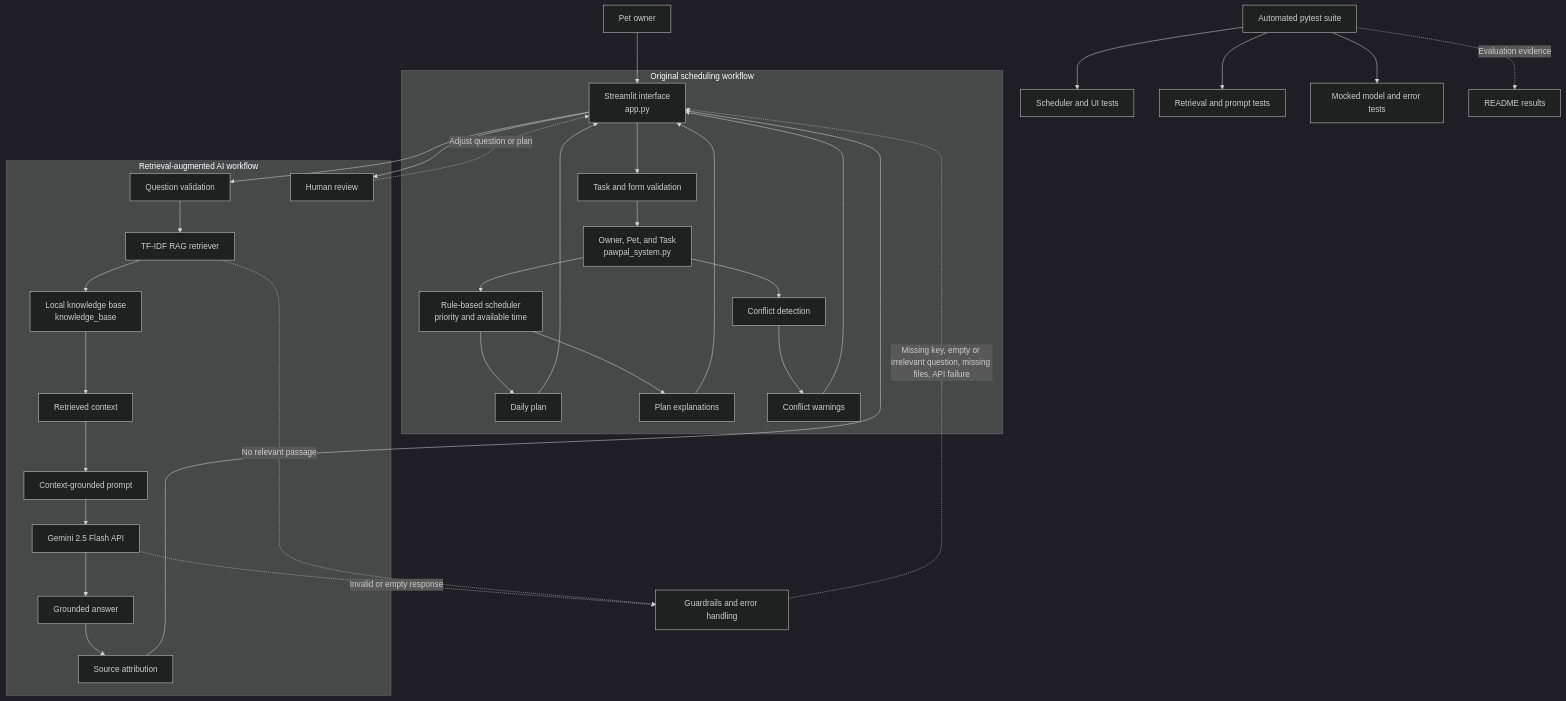
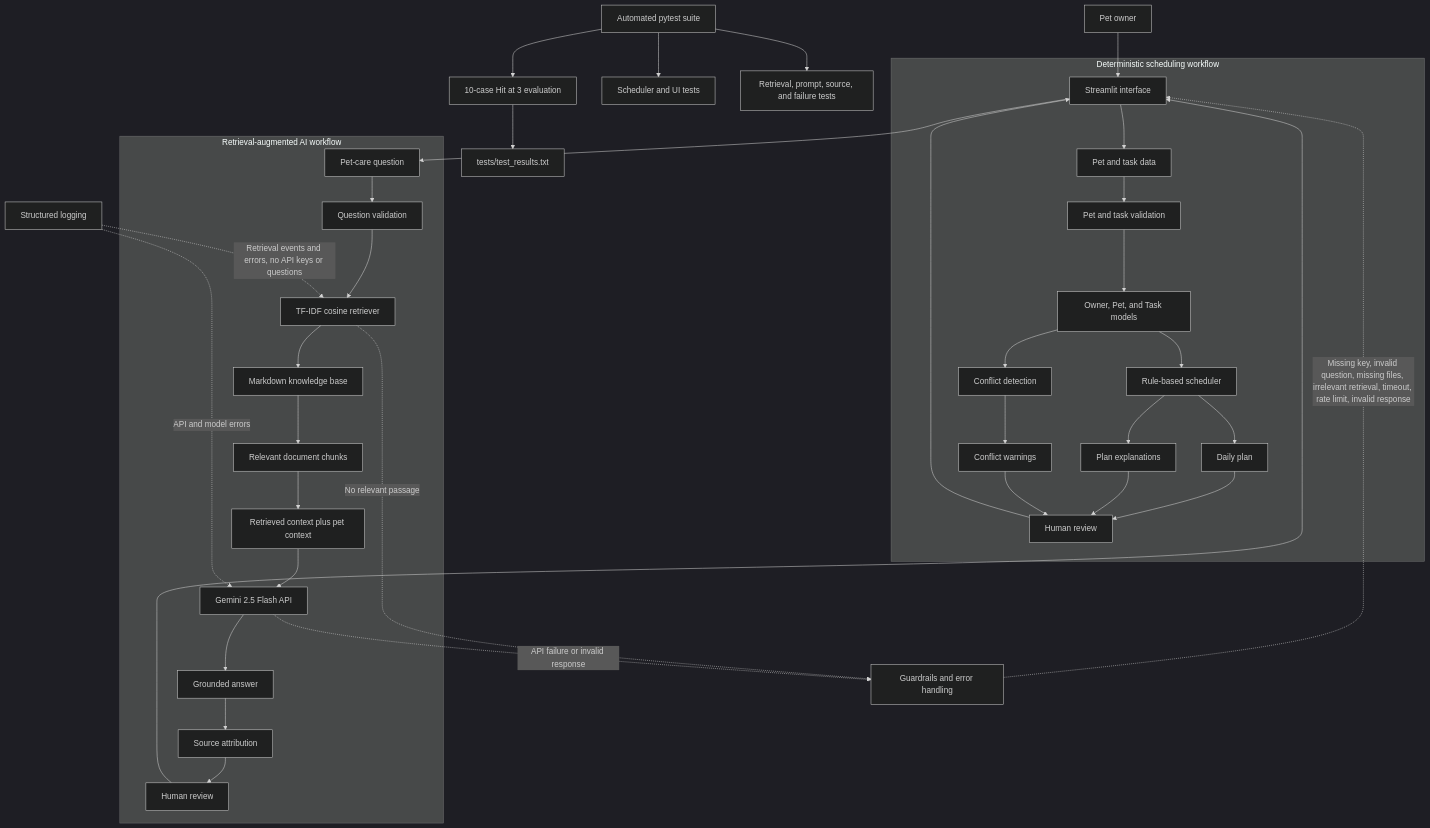
Before and after one commit to nirutachataut/applied-ai-system-project: the diagram in diagrams/system_architecture.mmd, drawn with Mermaid (dark theme). The commit also changed 10 other files, not shown here.

Commit message:
Polish RAG experience and evaluation

```diff
--- a/diagrams/system_architecture.mmd
+++ b/diagrams/system_architecture.mmd
@@ -1,38 +1,43 @@
 flowchart TD
-    U[Pet owner] --> UI[Streamlit interface<br/>app.py]
+    Owner[Pet owner] --> UI[Streamlit interface]
 
-    subgraph Scheduling[Original scheduling workflow]
-        UI --> SV[Task and form validation]
-        SV --> DM[Owner, Pet, and Task<br/>pawpal_system.py]
-        DM --> SL[Rule-based scheduler<br/>priority and available time]
-        SL --> PL[Daily plan]
-        SL --> EX[Plan explanations]
-        DM --> CC[Conflict detection]
-        CC --> CW[Conflict warnings]
-        PL --> UI
-        EX --> UI
-        CW --> UI
+    subgraph SchedulingWorkflow[Deterministic scheduling workflow]
+        UI --> PetTaskData[Pet and task data]
+        PetTaskData --> Validation[Pet and task validation]
+        Validation --> Models[Owner, Pet, and Task models]
+        Models --> Scheduler[Rule-based scheduler]
+        Scheduler --> Plan[Daily plan]
+        Scheduler --> Explanation[Plan explanations]
+        Models --> Conflict[Conflict detection]
+        Conflict --> Warnings[Conflict warnings]
+        Plan --> Review[Human review]
+        Explanation --> Review
+        Warnings --> Review
+        Review --> UI
     end
 
-    subgraph RAG[Retrieval-augmented AI workflow]
-        UI --> QV[Question validation]
-        QV --> RT[TF-IDF RAG retriever]
-        RT --> KB[Local knowledge base<br/>knowledge_base]
-        KB --> RC[Retrieved context]
-        RC --> PM[Context-grounded prompt]
-        PM --> AM[Gemini 2.5 Flash API]
-        AM --> GA[Grounded answer]
-        GA --> SA[Source attribution]
-        SA --> UI
-        UI --> HR[Human review]
-        HR -. Adjust question or plan .-> UI
+    subgraph RAGWorkflow[Retrieval-augmented AI workflow]
+        UI --> Question[Pet-care question]
+        Question --> QValidation[Question validation]
+        QValidation --> Retriever[TF-IDF cosine retriever]
+        Retriever --> KnowledgeBase[Markdown knowledge base]
+        KnowledgeBase --> Chunks[Relevant document chunks]
+        Chunks --> Prompt[Retrieved context plus pet context]
+        Prompt --> Gemini[Gemini 2.5 Flash API]
+        Gemini --> Answer[Grounded answer]
+        Answer --> Sources[Source attribution]
+        Sources --> HumanReview[Human review]
+        HumanReview --> UI
     end
 
-    GU[Guardrails and error handling] -. Missing key, empty or irrelevant question, missing files, API failure .-> UI
-    AM -. Invalid or empty response .-> GU
-    RT -. No relevant passage .-> GU
+    Guardrails[Guardrails and error handling] -. Missing key, invalid question, missing files, irrelevant retrieval, timeout, rate limit, invalid response .-> UI
+    Retriever -. No relevant passage .-> Guardrails
+    Gemini -. API failure or invalid response .-> Guardrails
 
-    AT[Automated pytest suite] --> E1[Scheduler and UI tests]
-    AT --> E2[Retrieval and prompt tests]
-    AT --> E3[Mocked model and error tests]
-    AT -. Evaluation evidence .-> README[README results]
+    Logging[Structured logging] -. Retrieval events and errors, no API keys or questions .-> Retriever
+    Logging -. API and model errors .-> Gemini
+
+    Tests[Automated pytest suite] --> SchedulerTests[Scheduler and UI tests]
+    Tests --> RAGTests[Retrieval, prompt, source, and failure tests]
+    Tests --> Evaluation[10-case Hit at 3 evaluation]
+    Evaluation --> Results[tests/test_results.txt]
```
